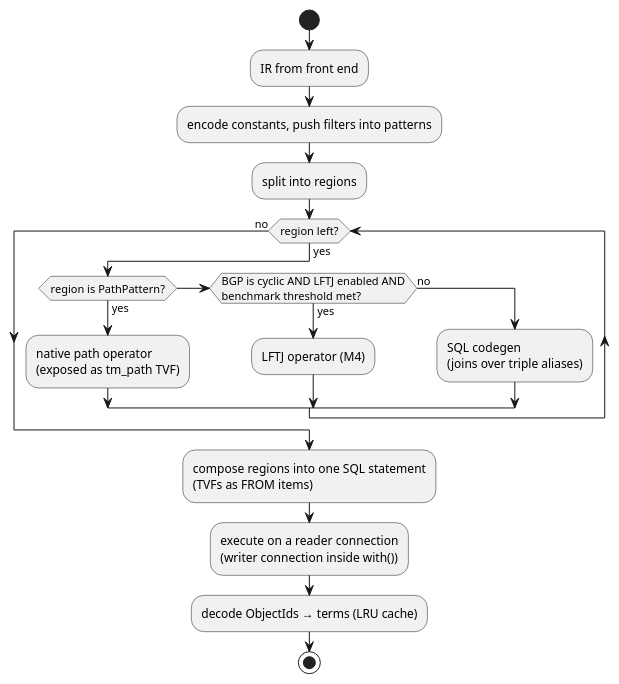
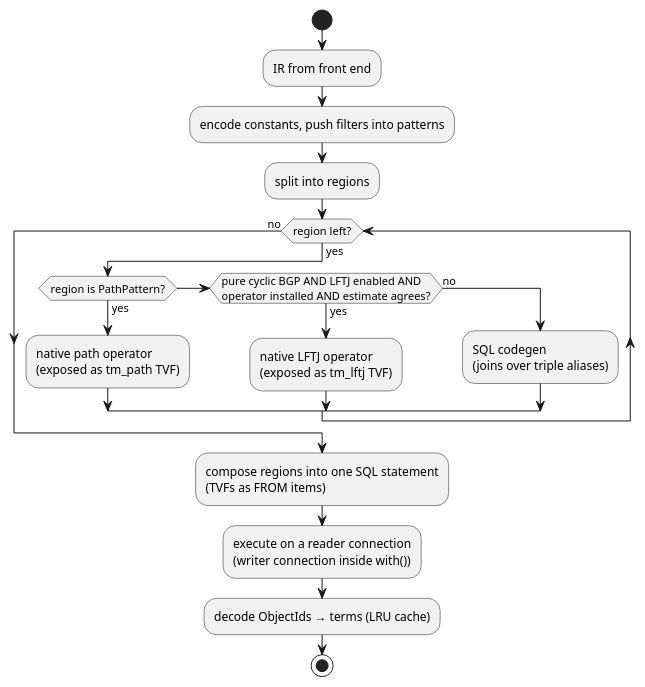
The second of 3 diagrams in lat.md/query.md (Volland/tiramemsu), drawn with PlantUML before and after one commit. The commit also changed other lines of this file and 41 other files, not shown here.

Commit message:
Cyclic joins: opt-in leapfrog triejoin operator (tm_lftj) with conservative routing, explain reasons and a count-verified triangle benchmark (add-lftj-operator)

````diff
--- a/lat.md/query.md
+++ b/lat.md/query.md
@@ -147,22 +147,22 @@
 ```plantuml
 @startuml routing
 skinparam shadowing false
 start
 :IR from front end;
 :encode constants, push filters into patterns;
 :split into regions;
 while (region left?) is (yes)
   if (region is PathPattern?) then (yes)
     :native path operator\n(exposed as tm_path TVF);
-  elseif (BGP is cyclic AND LFTJ enabled AND\nbenchmark threshold met?) then (yes)
-    :LFTJ operator (M4);
+  elseif (pure cyclic BGP AND LFTJ enabled AND\noperator installed AND estimate agrees?) then (yes)
+    :native LFTJ operator\n(exposed as tm_lftj TVF);
   else (no)
     :SQL codegen\n(joins over triple aliases);
   endif
 endwhile (no)
 :compose regions into one SQL statement\n(TVFs as FROM items);
 :execute on a reader connection\n(writer connection inside with());
 :decode ObjectIds → terms (LRU cache);
 stop
 @enduml
 ```
````
